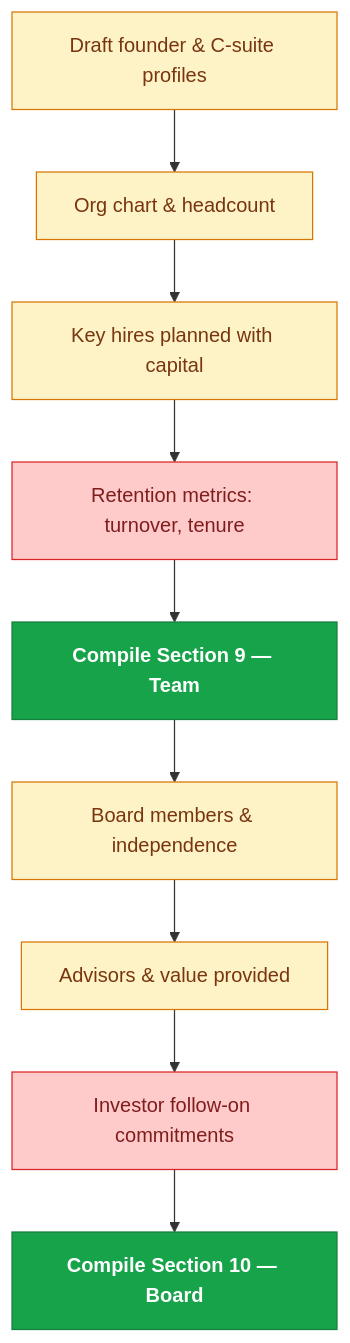
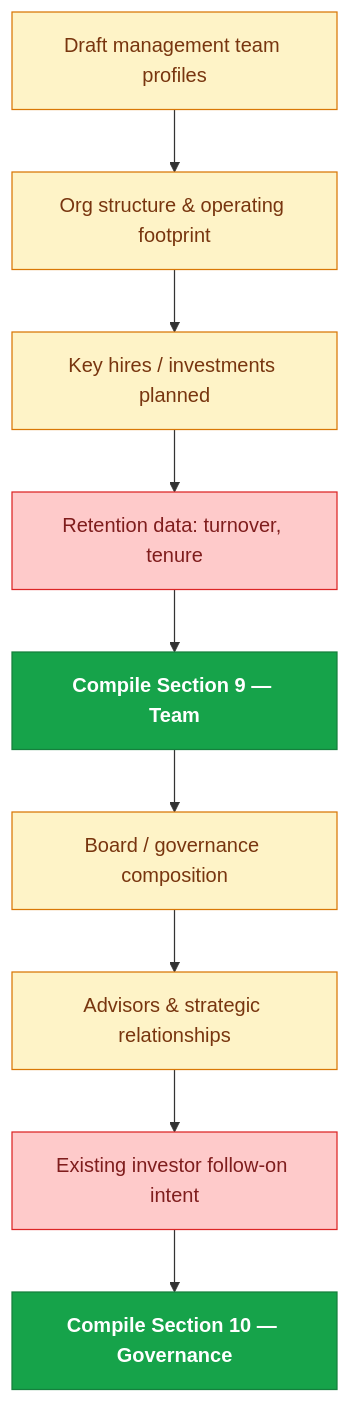
One commit to mrchanpark/IC-Memo-Flow-Chart-V2 changed the seventh of 16 diagrams in README.md. Above: the diagram before and after it, drawn with Mermaid. The commit also changed other lines of this file and 2 other files, not shown here.

````diff
--- a/README.md
+++ b/README.md
@@ -178,14 +179,14 @@
 ```mermaid
 flowchart TB
-  A["Draft founder & C-suite profiles"]:::yel --> B["Org chart & headcount"]:::yel
-  B --> C["Key hires planned with capital"]:::yel
-  C --> D["Retention metrics: turnover, tenure"]:::red
+  A["Draft management team profiles"]:::yel --> B["Org structure & operating footprint"]:::yel
+  B --> C["Key hires / investments planned"]:::yel
+  C --> D["Retention data: turnover, tenure"]:::red
   D --> E["Compile Section 9 — Team"]:::grnC
-  E --> F["Board members & independence"]:::yel
-  F --> G["Advisors & value provided"]:::yel
-  G --> H["Investor follow-on commitments"]:::red
-  H --> I["Compile Section 10 — Board"]:::grnC
+  E --> F["Board / governance composition"]:::yel
+  F --> G["Advisors & strategic relationships"]:::yel
+  G --> H["Existing investor follow-on intent"]:::red
+  H --> I["Compile Section 10 — Governance"]:::grnC
   classDef red fill:#fecaca,stroke:#dc2626,color:#7f1d1d
   classDef yel fill:#fef3c7,stroke:#d97706,color:#78350f
   classDef grnC fill:#16a34a,stroke:#15803d,color:#fff,font-weight:700
 ```
````
